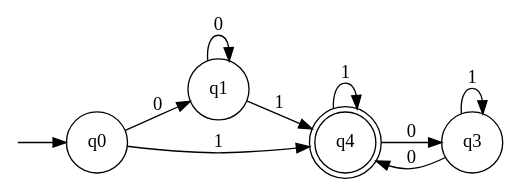
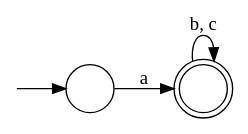
Before and after one commit to water-mizuu/finite_automata_conversion: the diagram in dfa_m.dot, drawn with Graphviz. The commit also changed 10 other files, not shown here.

```diff
--- a/dfa_m.dot
+++ b/dfa_m.dot
@@ -1,18 +1,9 @@
 digraph G {
   rankdir=LR;
   n__ [label="" shape=none width=.0];
-  4 [shape=circle label="q0"]
-  3 [shape=circle label="q1"]
-  1 [shape=circle label="q2"]
-  2 [shape=circle label="q3"]
-  1 [shape=doublecircle label="q4"]
-  n__ -> 4;
-  4 -> 3 [label="0"]
-  4 -> 1 [label="1"]
-  3 -> 3 [label="0"]
-  3 -> 1 [label="1"]
-  1 -> 2 [label="0"]
-  1 -> 1 [label="1"]
-  2 -> 1 [label="0"]
-  2 -> 2 [label="1"]
+  3 [shape=circle label=""]
+  1 [shape=doublecircle label=""]
+  n__ -> 3;
+  3 -> 1 [label="a"]
+  1 -> 1 [label="b, c"]
 }
```
